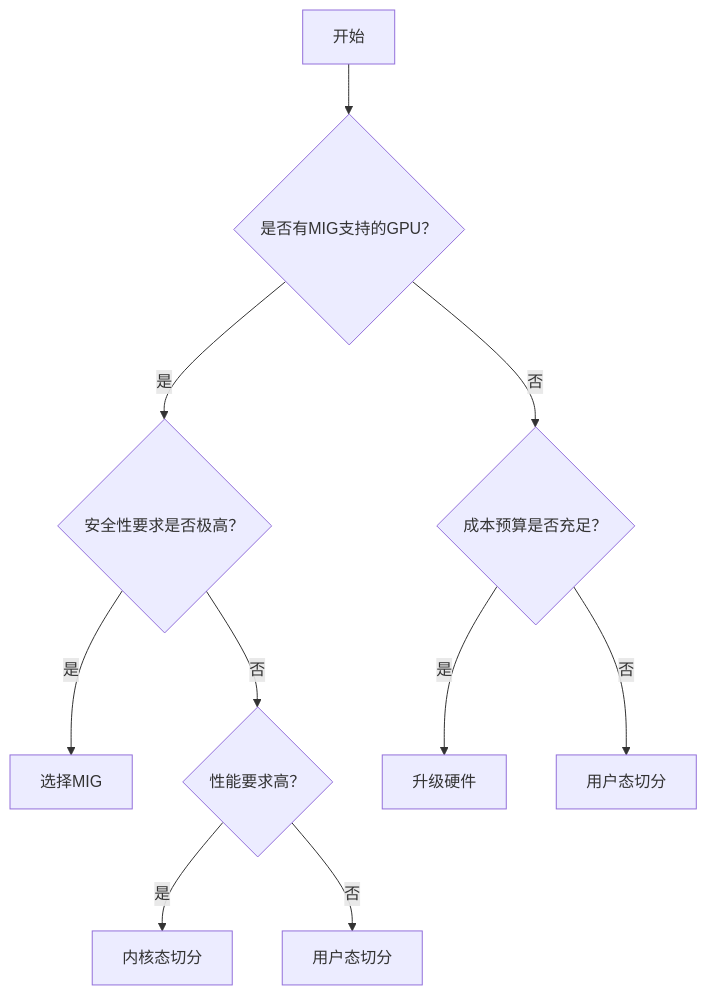
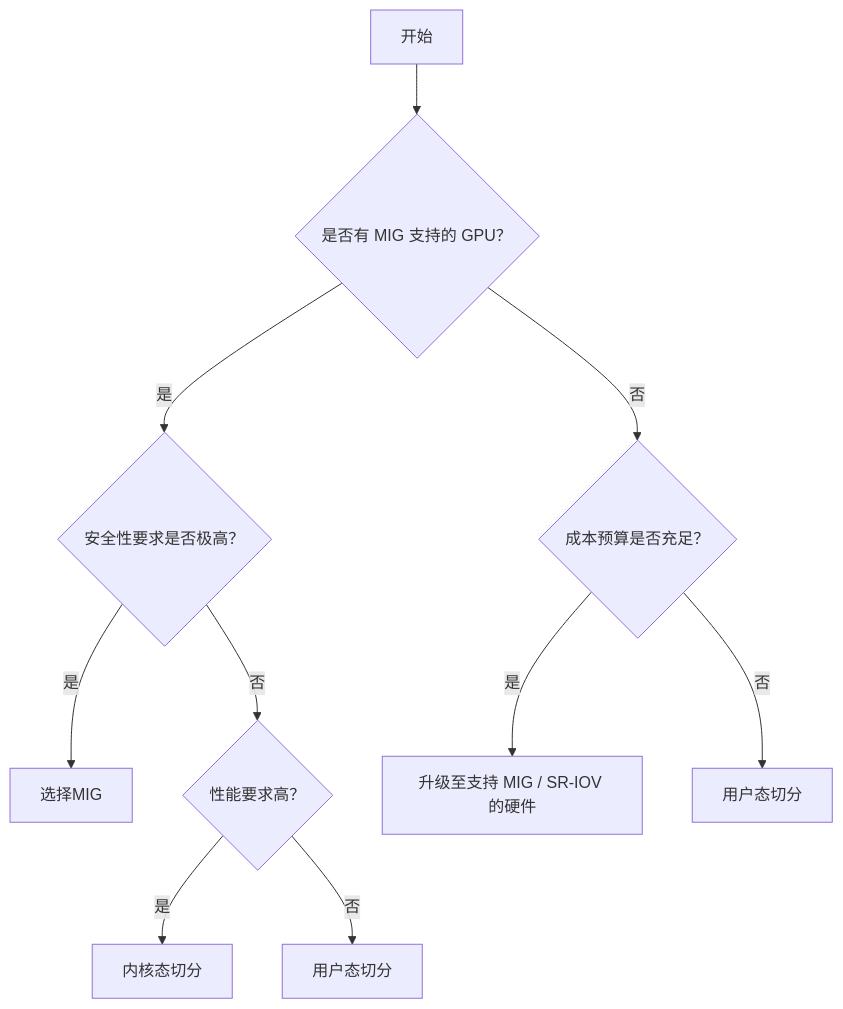
One commit to ForceInjection/AI-fundamentals changed the first of 2 diagrams in gpu_manager/GPU 管理相关技术深度解析 - 虚拟化、切分及远程调用.md. Above: the diagram before and after it, drawn with Mermaid. The commit also changed other lines of this file and 5 other files, not shown here.

````diff
--- a/gpu_manager/GPU 管理相关技术深度解析 - 虚拟化、切分及远程调用.md
+++ b/gpu_manager/GPU 管理相关技术深度解析 - 虚拟化、切分及远程调用.md
@@ -1553,12 +1511,12 @@
 ```mermaid
 flowchart TD
-    A[开始] --> B{是否有MIG支持的GPU？}
+    A[开始] --> B{是否有 MIG 支持的 GPU？}
     B -->|是| C{安全性要求是否极高？}
     B -->|否| D{成本预算是否充足？}
     C -->|是| E[选择MIG]
     C -->|否| F{性能要求高？}
-    D -->|是| G[升级硬件]
+    D -->|是| G[升级至支持 MIG / SR-IOV 的硬件]
     D -->|否| H[用户态切分]
     F -->|是| I[内核态切分]
     F -->|否| J[用户态切分]
 ```
````
